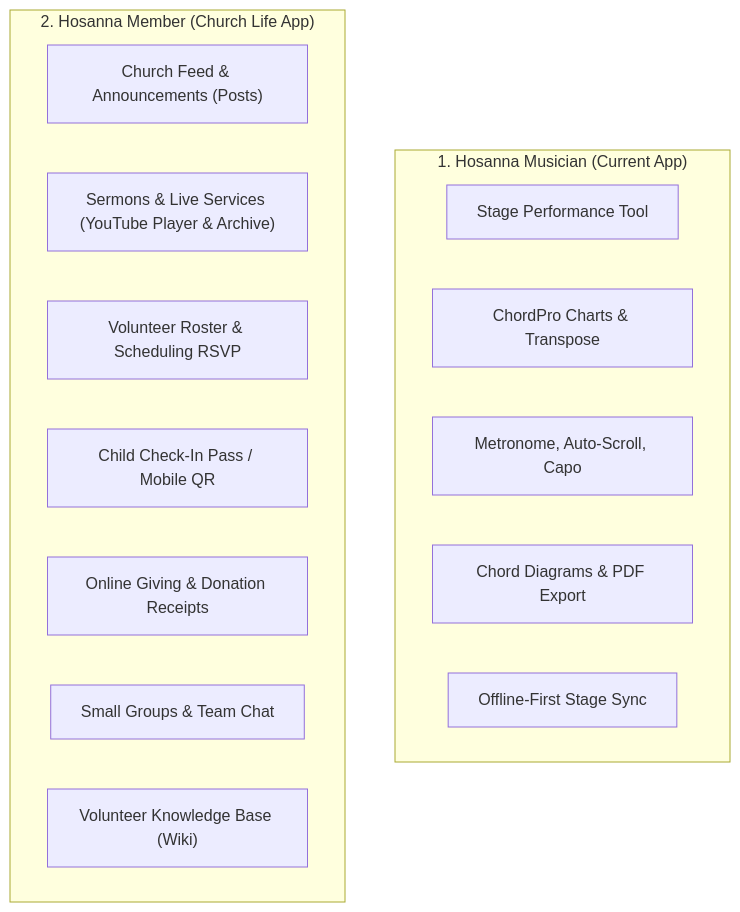
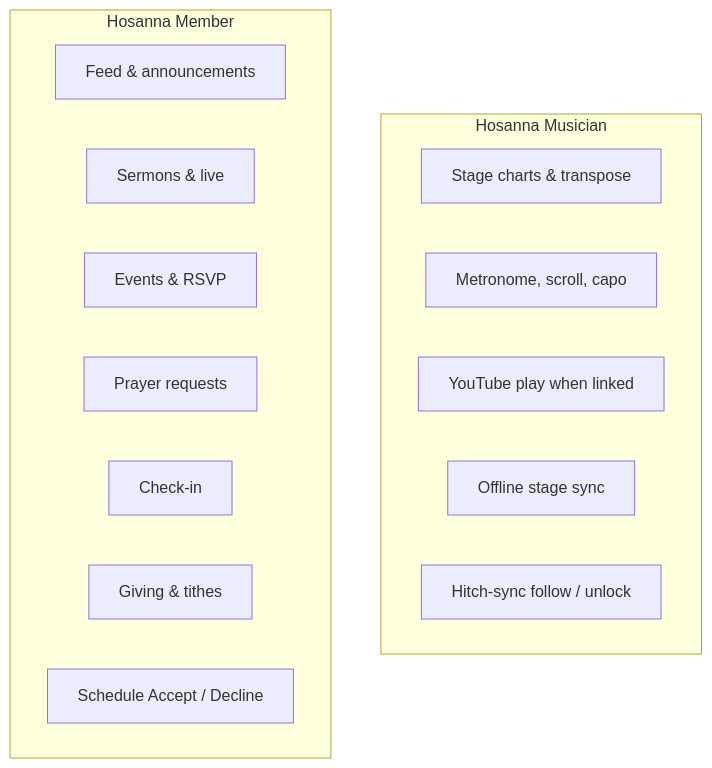
Before and after one commit to Apoll011/hosanna-suite: the fourth of 4 diagrams in docs/FUTURE_DIRECTION.md, drawn with Mermaid. The commit also changed other lines of this file, not shown here.

````diff
--- a/docs/FUTURE_DIRECTION.md
+++ b/docs/FUTURE_DIRECTION.md
@@ -295,20 +272,20 @@
 ```mermaid
 flowchart TD
-    subgraph MusicianApp ["1. Hosanna Musician (Current App)"]
-        M1["Stage Performance Tool"]
-        M2["ChordPro Charts & Transpose"]
-        M3["Metronome, Auto-Scroll, Capo"]
-        M4["Chord Diagrams & PDF Export"]
-        M5["Offline-First Stage Sync"]
+    subgraph MusicianApp ["Hosanna Musician"]
+        M1[Stage charts & transpose]
+        M2[Metronome, scroll, capo]
+        M3[YouTube play when linked]
+        M4[Offline stage sync]
+        M5[Hitch-sync follow / unlock]
     end
 
-    subgraph MemberApp ["2. Hosanna Member (Church Life App)"]
-        C1["Church Feed & Announcements (Posts)"]
-        C2["Sermons & Live Services (YouTube Player & Archive)"]
-        C3["Volunteer Roster & Scheduling RSVP"]
-        C4["Child Check-In Pass / Mobile QR"]
-        C5["Online Giving & Donation Receipts"]
-        C6["Small Groups & Team Chat"]
-        C7["Volunteer Knowledge Base (Wiki)"]
+    subgraph MemberApp ["Hosanna Member"]
+        C1[Feed & announcements]
+        C2[Sermons & live]
+        C3[Events & RSVP]
+        C4[Prayer requests]
+        C5[Check-in]
+        C6[Giving & tithes]
+        C7[Schedule Accept / Decline]
     end
 ```
````
